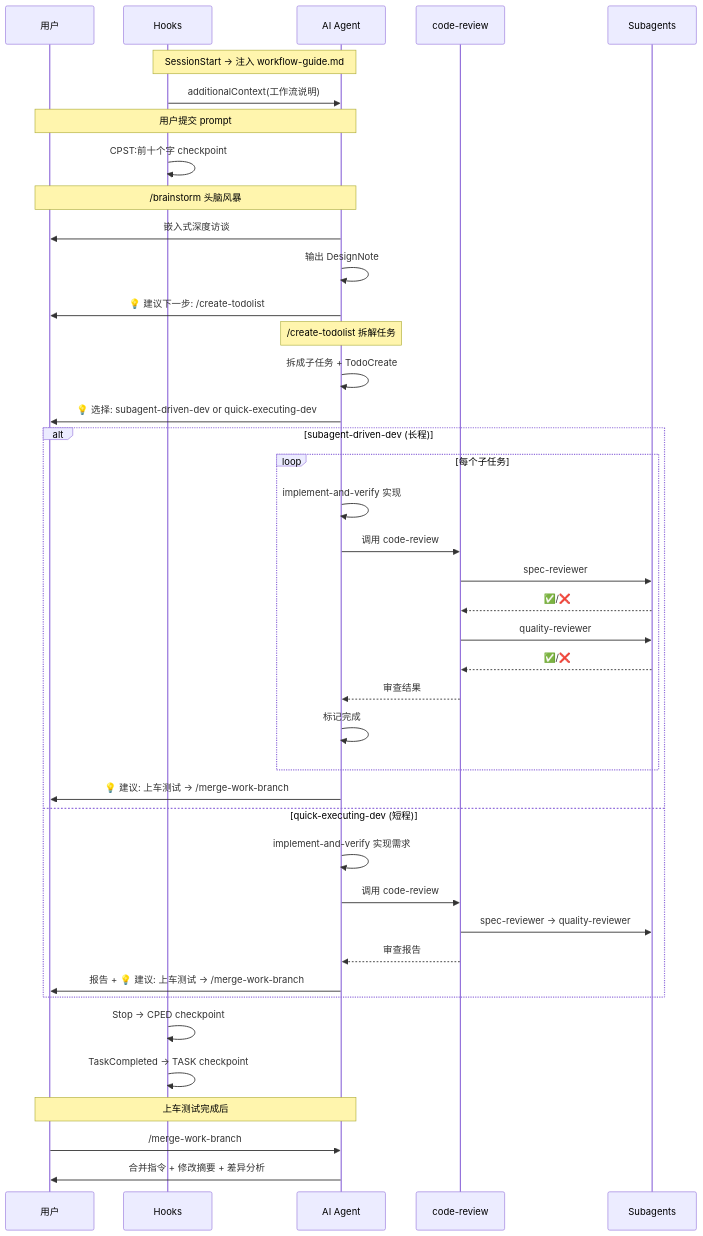
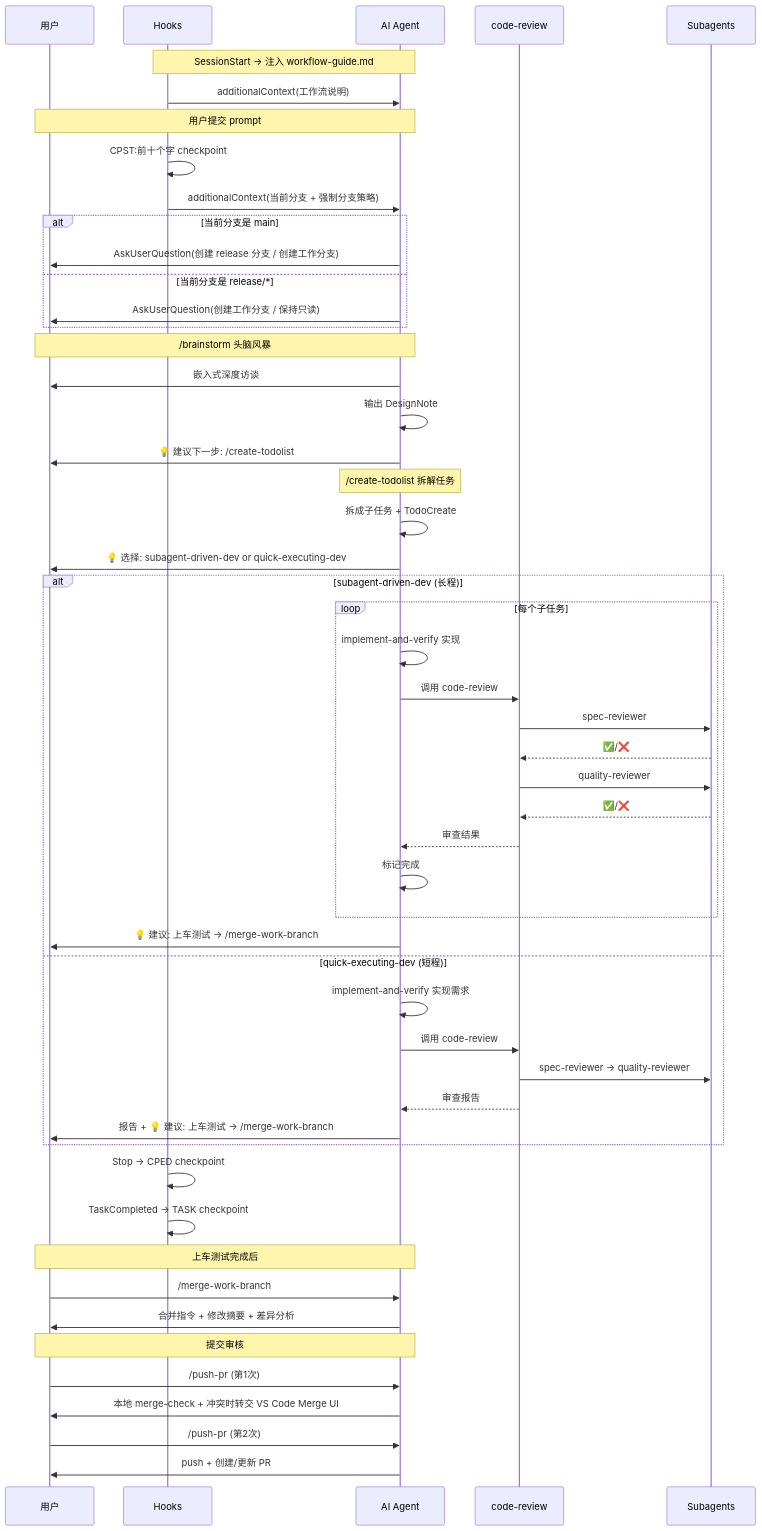
The second of 2 diagrams in Resources/AI 开发工作流系统设计框架.md (IHiter-2026-Wheeled-Bipedal-Soldier/Wheeled_Bipedal_Shared_CC_Config), drawn with Mermaid before and after one commit. The commit also changed other lines of this file and 1 other file, not shown here.

````diff
--- a/Resources/AI 开发工作流系统设计框架.md
+++ b/Resources/AI 开发工作流系统设计框架.md
@@ -475,50 +487,63 @@
 ```mermaid
 sequenceDiagram
     participant U as 用户
     participant H as Hooks
     participant AI as AI Agent
     participant CR as code-review
     participant SA as Subagents
 
     Note over H,AI: SessionStart → 注入 workflow-guide.md
     H->>AI: additionalContext(工作流说明)
 
     Note over U,AI: 用户提交 prompt
     H->>H: CPST:前十个字 checkpoint
+    H->>AI: additionalContext(当前分支 + 强制分支策略)
+
+    alt 当前分支是 main
+      AI->>U: AskUserQuestion(创建 release 分支 / 创建工作分支)
+    else 当前分支是 release/*
+      AI->>U: AskUserQuestion(创建工作分支 / 保持只读)
+    end
 
     Note over U,AI: /brainstorm 头脑风暴
     AI->>U: 嵌入式深度访谈
     AI->>AI: 输出 DesignNote
     AI->>U: 💡 建议下一步: /create-todolist
 
     Note over AI: /create-todolist 拆解任务
     AI->>AI: 拆成子任务 + TodoCreate
     AI->>U: 💡 选择: subagent-driven-dev or quick-executing-dev
 
     alt subagent-driven-dev (长程)
         loop 每个子任务
             AI->>AI: implement-and-verify 实现
             AI->>CR: 调用 code-review
             CR->>SA: spec-reviewer
             SA-->>CR: ✅/❌
             CR->>SA: quality-reviewer
             SA-->>CR: ✅/❌
             CR-->>AI: 审查结果
             AI->>AI: 标记完成
         end
         AI->>U: 💡 建议: 上车测试 → /merge-work-branch
     else quick-executing-dev (短程)
         AI->>AI: implement-and-verify 实现需求
         AI->>CR: 调用 code-review
         CR->>SA: spec-reviewer → quality-reviewer
         CR-->>AI: 审查报告
         AI->>U: 报告 + 💡 建议: 上车测试 → /merge-work-branch
     end
 
     H->>H: Stop → CPED checkpoint
     H->>H: TaskCompleted → TASK checkpoint
 
     Note over U,AI: 上车测试完成后
     U->>AI: /merge-work-branch
     AI->>U: 合并指令 + 修改摘要 + 差异分析
+
+    Note over U,AI: 提交审核
+    U->>AI: /push-pr (第1次)
+    AI->>U: 本地 merge-check + 冲突时转交 VS Code Merge UI
+    U->>AI: /push-pr (第2次)
+    AI->>U: push + 创建/更新 PR
 ```
````
